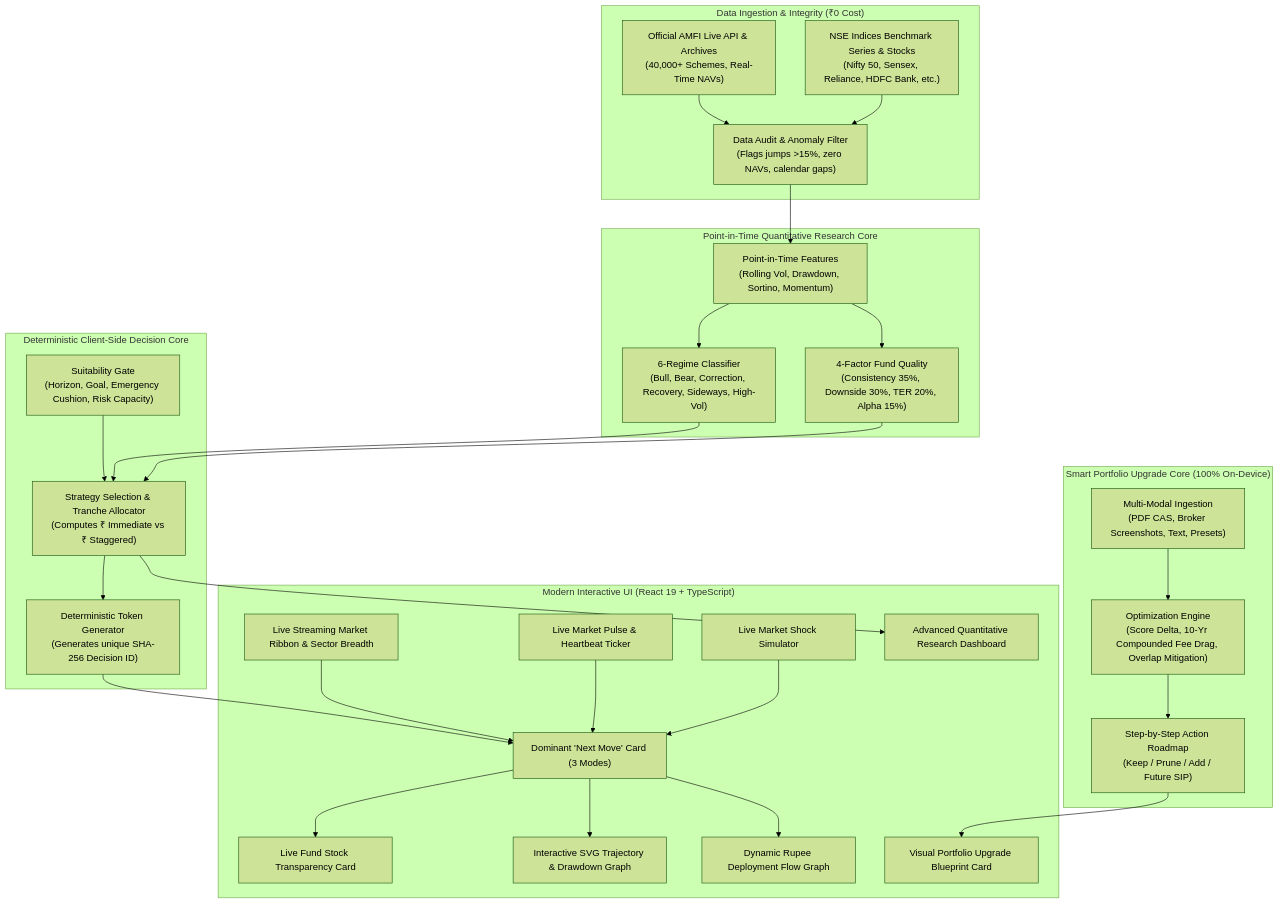
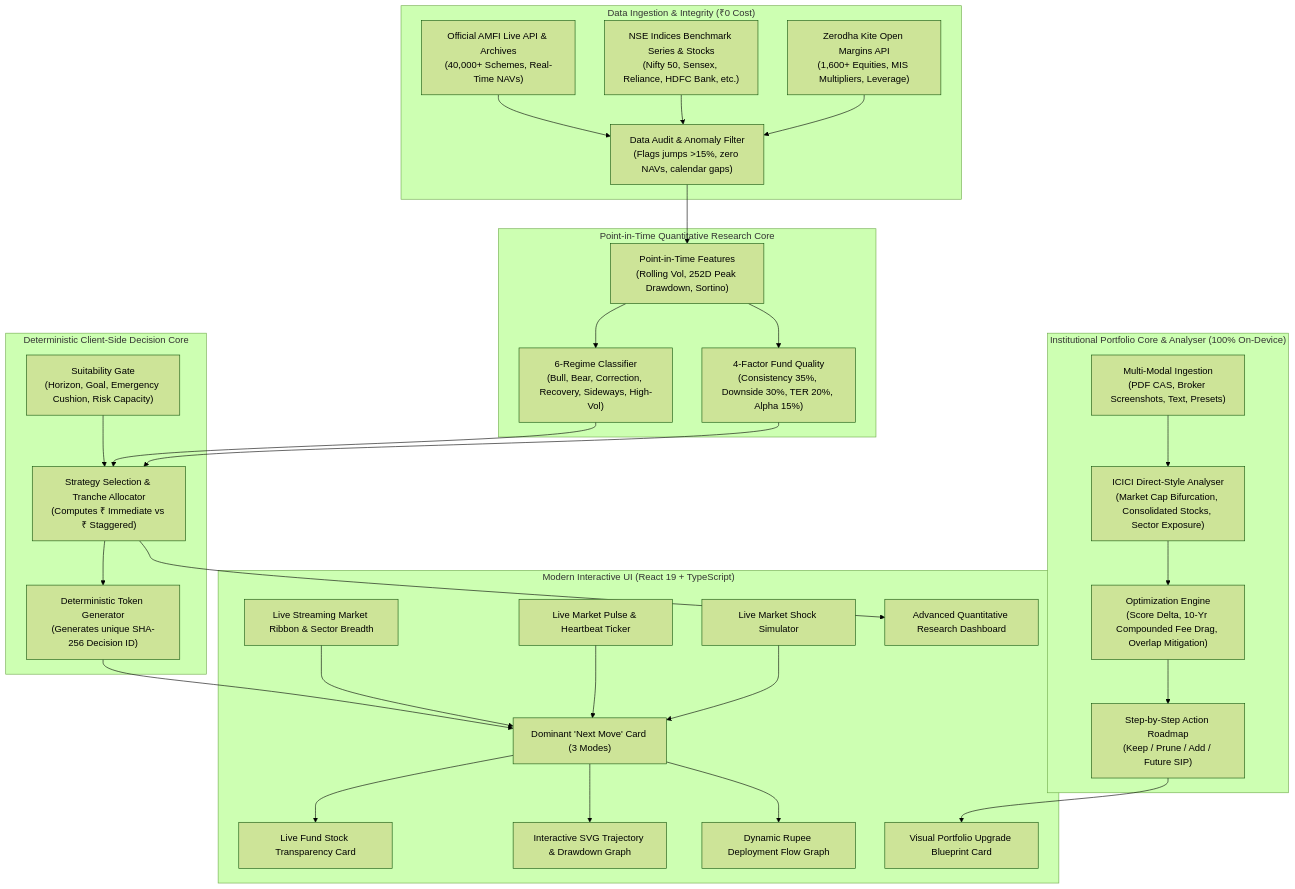
One commit to Anshuman0737/NiveshPilot changed the diagram in README.md. Above: the diagram before and after it, drawn with Mermaid (forest theme). The commit also changed other lines of this file and 1 other file, not shown here.

Commit message:
docs: comprehensive README update with ICICI Direct institutional analyser, Zerodha Kite API, and test suite verification

````diff
--- a/README.md
+++ b/README.md
@@ -50,55 +52,58 @@
 ```mermaid
 flowchart TD
     subgraph Data Layer ["Data Ingestion & Integrity (₹0 Cost)"]
         AMFI["Official AMFI Live API & Archives\n(40,000+ Schemes, Real-Time NAVs)"]
         NSE["NSE Indices Benchmark Series & Stocks\n(Nifty 50, Sensex, Reliance, HDFC Bank, etc.)"]
+        Kite["Zerodha Kite Open Margins API\n(1,600+ Equities, MIS Multipliers, Leverage)"]
         Clean["Data Audit & Anomaly Filter\n(Flags jumps >15%, zero NAVs, calendar gaps)"]
         AMFI --> Clean
         NSE --> Clean
+        Kite --> Clean
     end
 
     subgraph Quant Engine ["Point-in-Time Quantitative Research Core"]
-        PIT["Point-in-Time Features\n(Rolling Vol, Drawdown, Sortino, Momentum)"]
+        PIT["Point-in-Time Features\n(Rolling Vol, 252D Peak Drawdown, Sortino)"]
         Regime["6-Regime Classifier\n(Bull, Bear, Correction, Recovery, Sideways, High-Vol)"]
         Quality["4-Factor Fund Quality\n(Consistency 35%, Downside 30%, TER 20%, Alpha 15%)"]
         Clean --> PIT --> Regime
         PIT --> Quality
     end
 
     subgraph Decision Engine ["Deterministic Client-Side Decision Core"]
         Gate["Suitability Gate\n(Horizon, Goal, Emergency Cushion, Risk Capacity)"]
         Rules["Strategy Selection & Tranche Allocator\n(Computes ₹ Immediate vs ₹ Staggered)"]
         AuditToken["Deterministic Token Generator\n(Generates unique SHA-256 Decision ID)"]
         Gate --> Rules --> AuditToken
         Regime --> Rules
         Quality --> Rules
     end
 
-    subgraph PortfolioEngine ["Smart Portfolio Upgrade Core (100% On-Device)"]
+    subgraph PortfolioEngine ["Institutional Portfolio Core & Analyser (100% On-Device)"]
         Parser["Multi-Modal Ingestion\n(PDF CAS, Broker Screenshots, Text, Presets)"]
+        Analyser["ICICI Direct-Style Analyser\n(Market Cap Bifurcation, Consolidated Stocks, Sector Exposure)"]
         Optimizer["Optimization Engine\n(Score Delta, 10-Yr Compounded Fee Drag, Overlap Mitigation)"]
         Blueprint["Step-by-Step Action Roadmap\n(Keep / Prune / Add / Future SIP)"]
-        Parser --> Optimizer --> Blueprint
+        Parser --> Analyser --> Optimizer --> Blueprint
     end
 
     subgraph Presentation ["Modern Interactive UI (React 19 + TypeScript)"]
         Ticker["Live Streaming Market Ribbon & Sector Breadth"]
         Pulse["Live Market Pulse & Heartbeat Ticker"]
         Simulator["Live Market Shock Simulator"]
         NextMove["Dominant 'Next Move' Card (3 Modes)"]
         Holdings["Live Fund Stock Transparency Card"]
         SVGChart["Interactive SVG Trajectory & Drawdown Graph"]
         FlowGraph["Dynamic Rupee Deployment Flow Graph"]
         UpgradeCard["Visual Portfolio Upgrade Blueprint Card"]
         Research["Advanced Quantitative Research Dashboard"]
         AuditToken --> NextMove
         Ticker --> NextMove
         Pulse --> NextMove
         Simulator --> NextMove
         NextMove --> SVGChart
         NextMove --> FlowGraph
         NextMove --> Holdings
         Blueprint --> UpgradeCard
         Rules --> Research
     end
 ```
````
